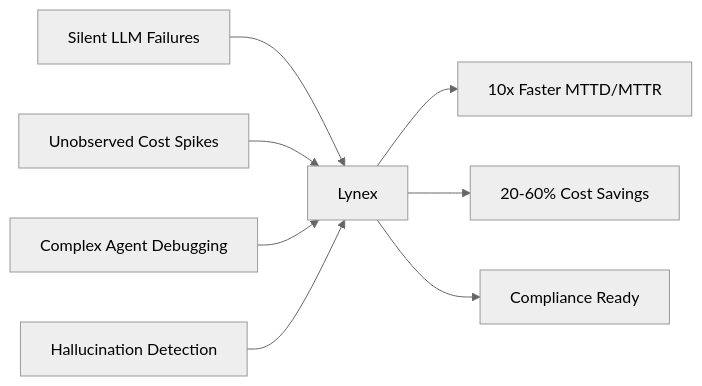
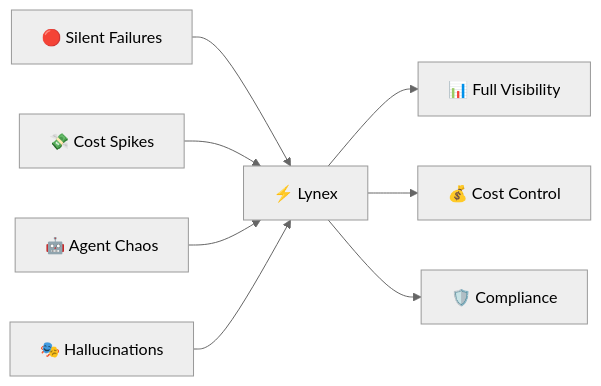
Before and after one commit to kaadipranav/kaadipranav: the diagram in README.md, drawn with Mermaid (neutral theme). The commit also changed other lines of this file, not shown here.

First line of the commit message:
Revise README for Lynex branding and features

````diff
--- a/README.md
+++ b/README.md
@@ -54,10 +36,10 @@
 ```mermaid
 graph LR
-    A[Silent LLM Failures] --> E[Lynex]
-    B[Unobserved Cost Spikes] --> E
-    C[Complex Agent Debugging] --> E
-    D[Hallucination Detection] --> E
-    E --> F[10x Faster MTTD/MTTR]
-    E --> G[20-60% Cost Savings]
-    E --> H[Compliance Ready]
+    A[🔴 Silent Failures] --> E[⚡ Lynex]
+    B[💸 Cost Spikes] --> E
+    C[🤖 Agent Chaos] --> E
+    D[🎭 Hallucinations] --> E
+    E --> F[📊 Full Visibility]
+    E --> G[💰 Cost Control]
+    E --> H[🛡️ Compliance]
 ```
````
